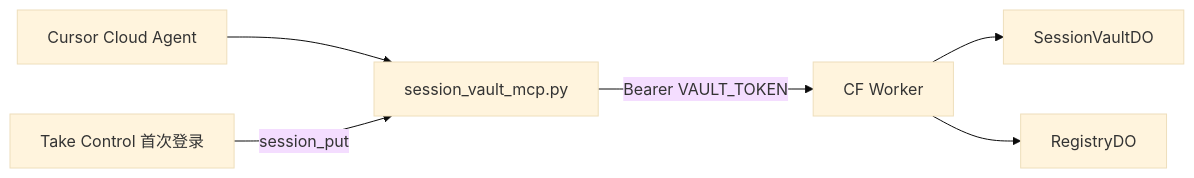
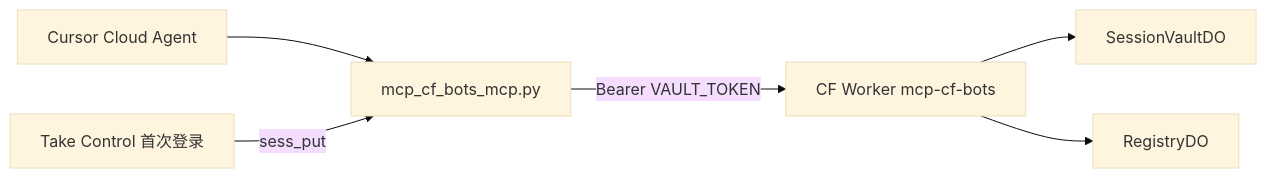
One commit to partnernetsoftware/.github changed the diagram in workers/session-vault/README.md. Above: the diagram before and after it, drawn with Mermaid (base theme). The commit also changed other lines of this file and 19 other files, not shown here.

Commit message:
Rename MCP to mcp-cf-bots and session tools to sess_*

````diff
--- a/workers/session-vault/README.md
+++ b/workers/session-vault/README.md
@@ -17,8 +17,8 @@
 ```mermaid
 flowchart LR
-  Agent[Cursor Cloud Agent] --> MCP[session_vault_mcp.py]
-  MCP -->|Bearer VAULT_TOKEN| Worker[CF Worker]
+  Agent[Cursor Cloud Agent] --> MCP[mcp_cf_bots_mcp.py]
+  MCP -->|Bearer VAULT_TOKEN| Worker[CF Worker mcp-cf-bots]
   Worker --> VaultDO[SessionVaultDO]
   Worker --> RegDO[RegistryDO]
-  TakeControl[Take Control 首次登录] -->|session_put| MCP
+  TakeControl[Take Control 首次登录] -->|sess_put| MCP
 ```
````
